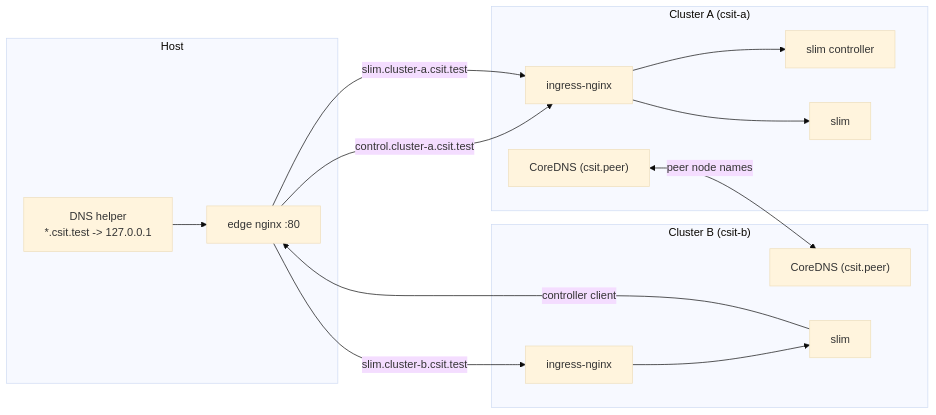
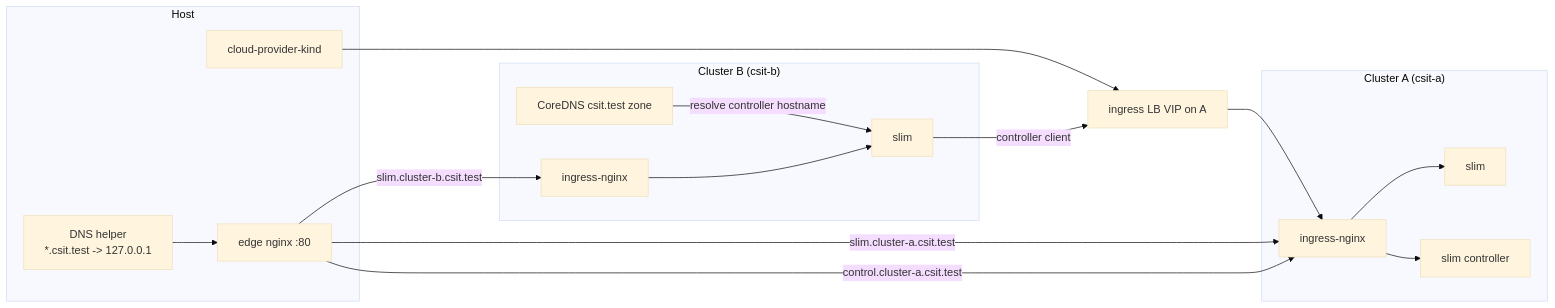
The diagram in kind-slim-multi-host/README.md (agntcy/csit), drawn with Mermaid (base theme) before and after one commit. The commit also changed other lines of this file and 12 other files, not shown here.

Commit message:
feat(kind-slim): replace csit.peer with ingress lb and cluster-b coredns alias

````diff
--- a/kind-slim-multi-host/README.md
+++ b/kind-slim-multi-host/README.md
@@ -97,30 +100,32 @@
 ```mermaid
 flowchart LR
   subgraph H["Host"]
+    CP["cloud-provider-kind"]
     D["DNS helper<br/>*.csit.test -> 127.0.0.1"]
     E["edge nginx :80"]
   end
   D --> E
+  CP --> LBA["ingress LB VIP on A"]
 
-  subgraph A["Cluster A (csit-a)"]
-    ACD["CoreDNS (csit.peer)"]
+  subgraph clusterA ["Cluster A (csit-a)"]
     AIN["ingress-nginx"]
     CTR["slim controller"]
     SLA["slim"]
   end
 
-  subgraph B["Cluster B (csit-b)"]
-    BCD["CoreDNS (csit.peer)"]
+  subgraph clusterB ["Cluster B (csit-b)"]
+    BCD["CoreDNS csit.test zone"]
     BIN["ingress-nginx"]
     SLB["slim"]
   end
 
   E -->|"control.cluster-a.csit.test"| AIN
   E -->|"slim.cluster-a.csit.test"| AIN
   E -->|"slim.cluster-b.csit.test"| BIN
+  LBA --> AIN
   AIN --> CTR
   AIN --> SLA
   BIN --> SLB
-  SLB -->|"controller client"| E
-  ACD <-->|"peer node names"| BCD
+  SLB -->|"controller client"| LBA
+  BCD -->|"resolve controller hostname"| SLB
 ```
````
